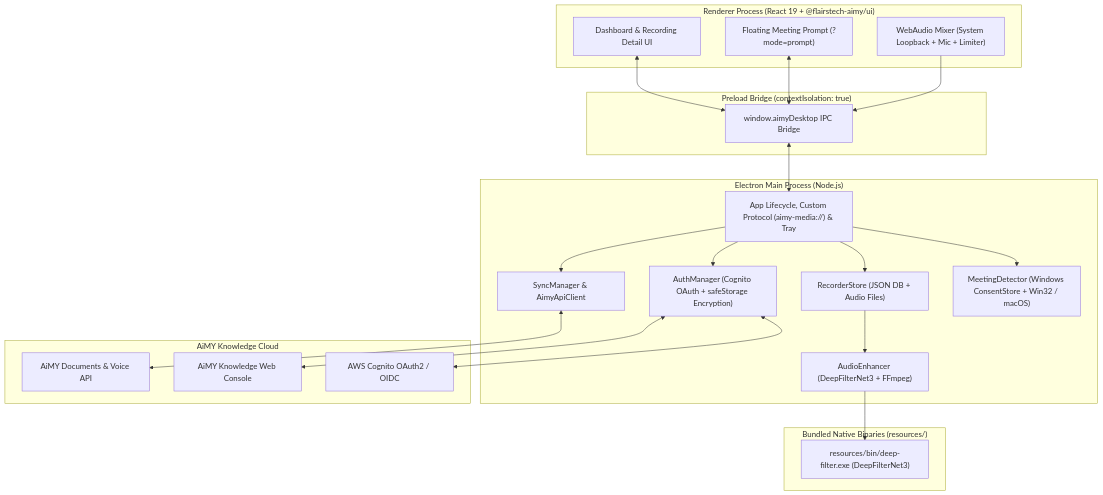
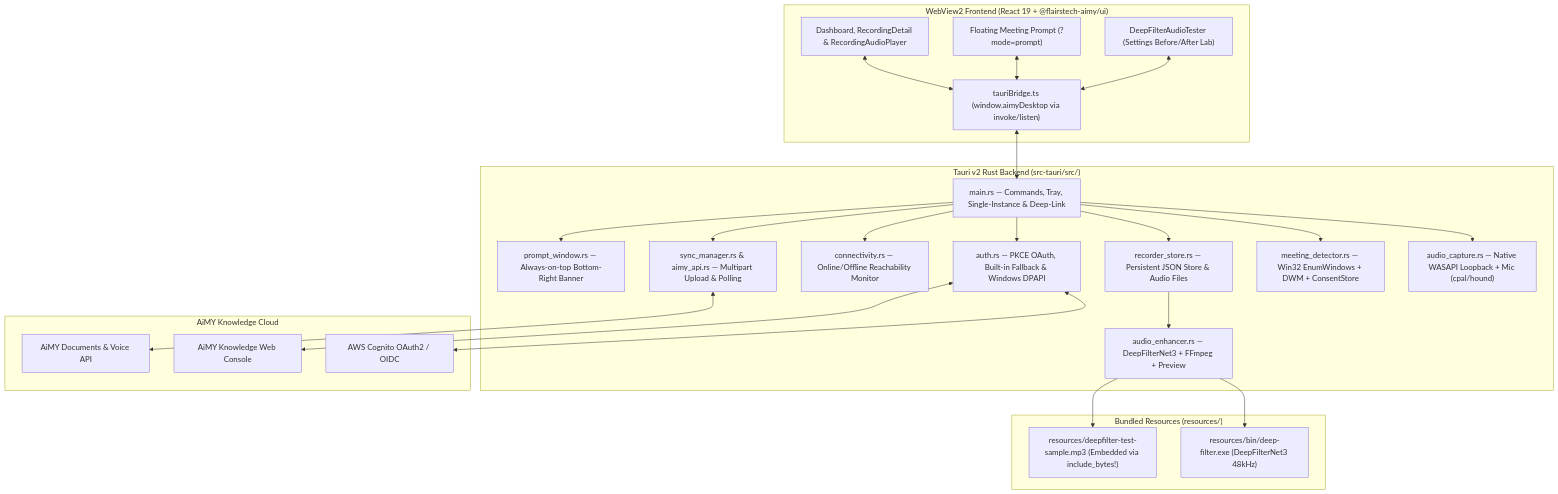
Before and after one commit to Flairstech-AIMY/aimy-meetings-desktop-client: the first of 2 diagrams in docs/ARCHITECTURE.md, drawn with Mermaid. The commit also changed other lines of this file and 6 other files, not shown here.

````diff
--- a/docs/ARCHITECTURE.md
+++ b/docs/ARCHITECTURE.md
@@ -9,45 +9,50 @@
 ```mermaid
 flowchart TB
-    subgraph Renderer["Renderer Process (React 19 + @flairstech-aimy/ui)"]
-        UI["Dashboard & Recording Detail UI"]
+    subgraph Frontend["WebView2 Frontend (React 19 + @flairstech-aimy/ui)"]
+        UI["Dashboard, RecordingDetail & RecordingAudioPlayer"]
         PromptUI["Floating Meeting Prompt (?mode=prompt)"]
-        Capture["WebAudio Mixer (System Loopback + Mic + Limiter)"]
+        Tester["DeepFilterAudioTester (Settings Before/After Lab)"]
+        Bridge["tauriBridge.ts (window.aimyDesktop via invoke/listen)"]
     end
 
-    subgraph Preload["Preload Bridge (contextIsolation: true)"]
-        API["window.aimyDesktop IPC Bridge"]
+    subgraph Backend["Tauri v2 Rust Backend (src-tauri/src/)"]
+        Main["main.rs — Commands, Tray, Single-Instance & Deep-Link"]
+        Capture["audio_capture.rs — Native WASAPI Loopback + Mic (cpal/hound)"]
+        Detector["meeting_detector.rs — Win32 EnumWindows + DWM + ConsentStore"]
+        Store["recorder_store.rs — Persistent JSON Store & Audio Files"]
+        Enhancer["audio_enhancer.rs — DeepFilterNet3 + FFmpeg + Preview"]
+        Auth["auth.rs — PKCE OAuth, Built-in Fallback & Windows DPAPI"]
+        Conn["connectivity.rs — Online/Offline Reachability Monitor"]
+        Sync["sync_manager.rs & aimy_api.rs — Multipart Upload & Polling"]
+        PromptWin["prompt_window.rs — Always-on-top Bottom-Right Banner"]
     end
 
-    subgraph Main["Electron Main Process (Node.js)"]
-        Index["App Lifecycle, Custom Protocol (aimy-media://) & Tray"]
-        Detector["MeetingDetector (Windows ConsentStore + Win32 / macOS)"]
-        Store["RecorderStore (JSON DB + Audio Files)"]
-        Enhancer["AudioEnhancer (DeepFilterNet3 + FFmpeg)"]
-        Auth["AuthManager (Cognito OAuth + safeStorage Encryption)"]
-        Sync["SyncManager & AimyApiClient"]
-    end
-
-    subgraph Native["Bundled Native Binaries (resources/)"]
-        DF["resources/bin/deep-filter.exe (DeepFilterNet3)"]
+    subgraph Native["Bundled Resources (resources/)"]
+        DF["resources/bin/deep-filter.exe (DeepFilterNet3 48kHz)"]
+        Sample["resources/deepfilter-test-sample.mp3 (Embedded via include_bytes!)"]
     end
 
     subgraph Cloud["AiMY Knowledge Cloud"]
         Cognito["AWS Cognito OAuth2 / OIDC"]
         AimyAPI["AiMY Documents & Voice API"]
         AimyConsole["AiMY Knowledge Web Console"]
     end
 
-    UI <--> API
-    PromptUI <--> API
-    Capture --> API
-    API <--> Index
-    Index --> Detector
-    Index --> Store
-    Index --> Auth
-    Index --> Sync
+    UI <--> Bridge
+    PromptUI <--> Bridge
+    Tester <--> Bridge
+    Bridge <--> Main
+    Main --> Capture
+    Main --> Detector
+    Main --> Store
+    Main --> Auth
+    Main --> Conn
+    Main --> Sync
+    Main --> PromptWin
     Store --> Enhancer
     Enhancer --> DF
+    Enhancer --> Sample
     Auth <--> Cognito
     Auth <--> AimyConsole
     Sync <--> AimyAPI
 ```
````
